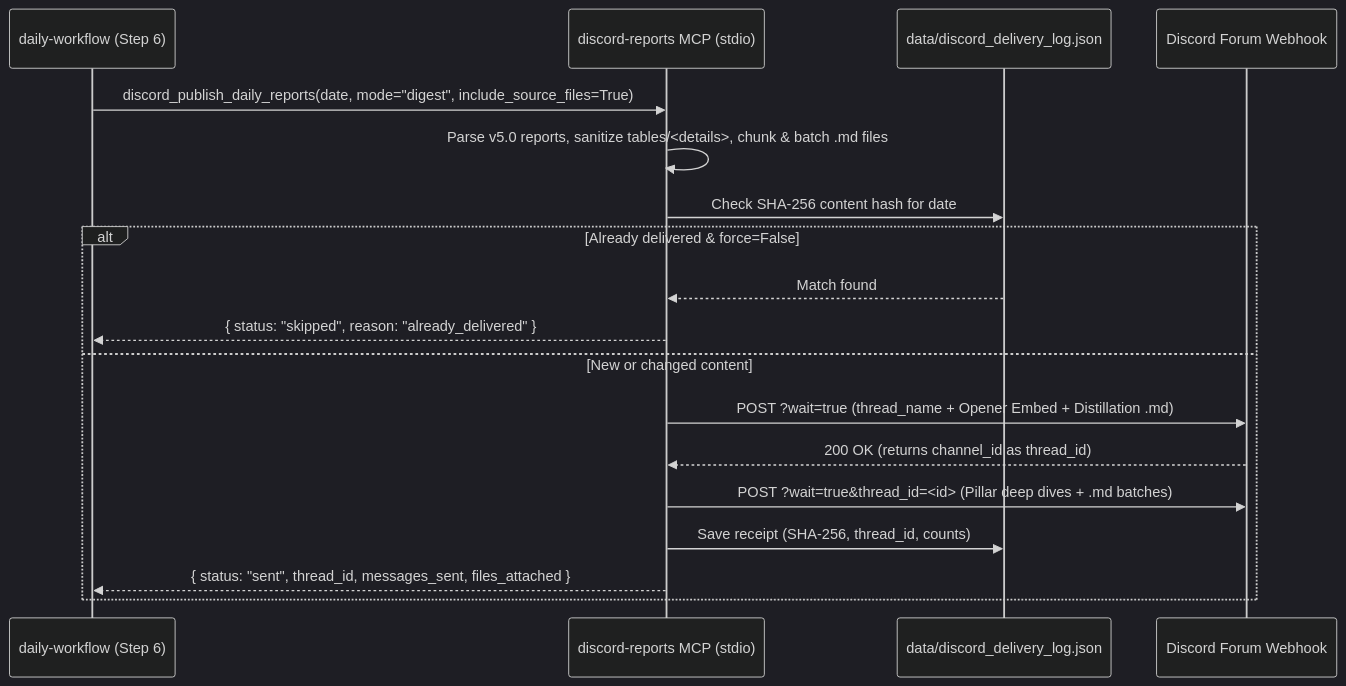
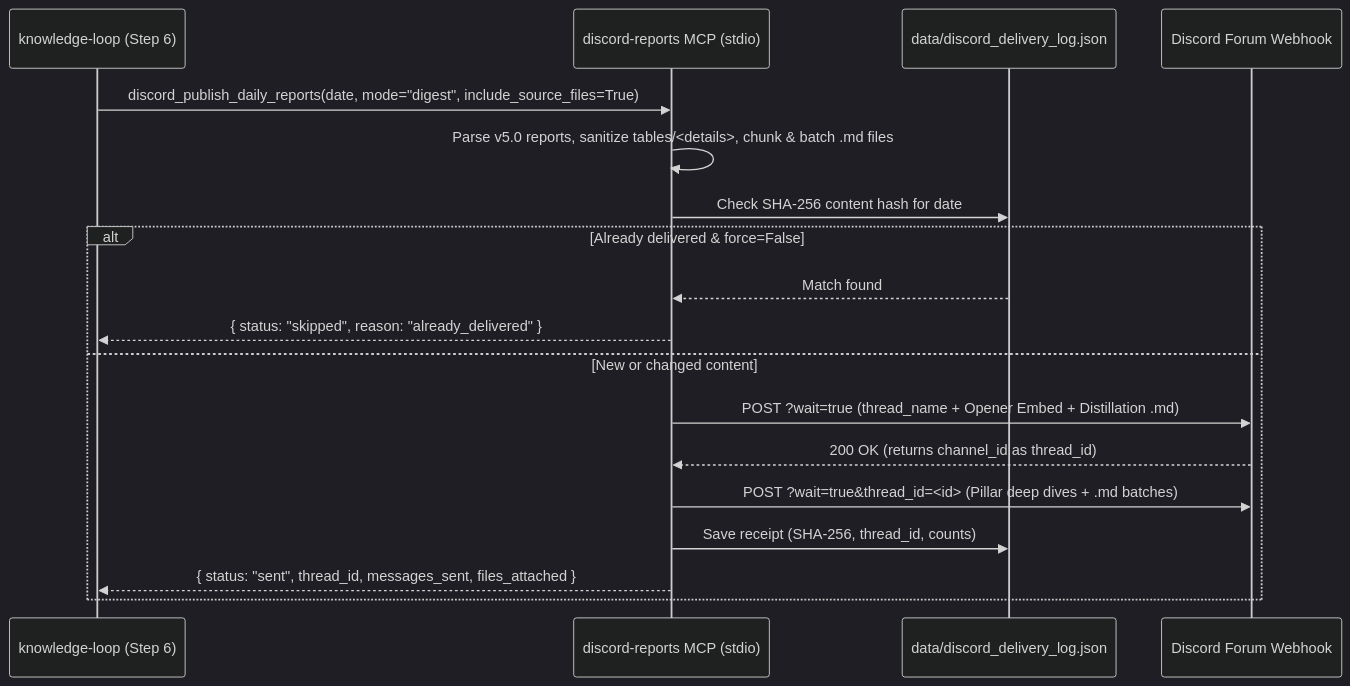
The diagram in docs/guides/discord-mcp-setup-guide.md (allanbian1017/knowledge-loop), drawn with Mermaid (dark theme) before and after one commit. The commit also changed other lines of this file and 34 other files, not shown here.

````diff
--- a/docs/guides/discord-mcp-setup-guide.md
+++ b/docs/guides/discord-mcp-setup-guide.md
@@ -15,21 +15,21 @@
 ```mermaid
 sequenceDiagram
-    participant DW as daily-workflow (Step 6)
+    participant KL as knowledge-loop (Step 6)
     participant MCP as discord-reports MCP (stdio)
     participant Ledger as data/discord_delivery_log.json
     participant Discord as Discord Forum Webhook
 
-    DW->>MCP: discord_publish_daily_reports(date, mode="digest", include_source_files=True)
+    KL->>MCP: discord_publish_daily_reports(date, mode="digest", include_source_files=True)
     MCP->>MCP: Parse v5.0 reports, sanitize tables/<details>, chunk & batch .md files
     MCP->>Ledger: Check SHA-256 content hash for date
     alt Already delivered & force=False
         Ledger-->>MCP: Match found
-        MCP-->>DW: { status: "skipped", reason: "already_delivered" }
+        MCP-->>KL: { status: "skipped", reason: "already_delivered" }
     else New or changed content
         MCP->>Discord: POST ?wait=true (thread_name + Opener Embed + Distillation .md)
         Discord-->>MCP: 200 OK (returns channel_id as thread_id)
         MCP->>Discord: POST ?wait=true&thread_id=<id> (Pillar deep dives + .md batches)
         MCP->>Ledger: Save receipt (SHA-256, thread_id, counts)
-        MCP-->>DW: { status: "sent", thread_id, messages_sent, files_attached }
+        MCP-->>KL: { status: "sent", thread_id, messages_sent, files_attached }
     end
 ```
````
